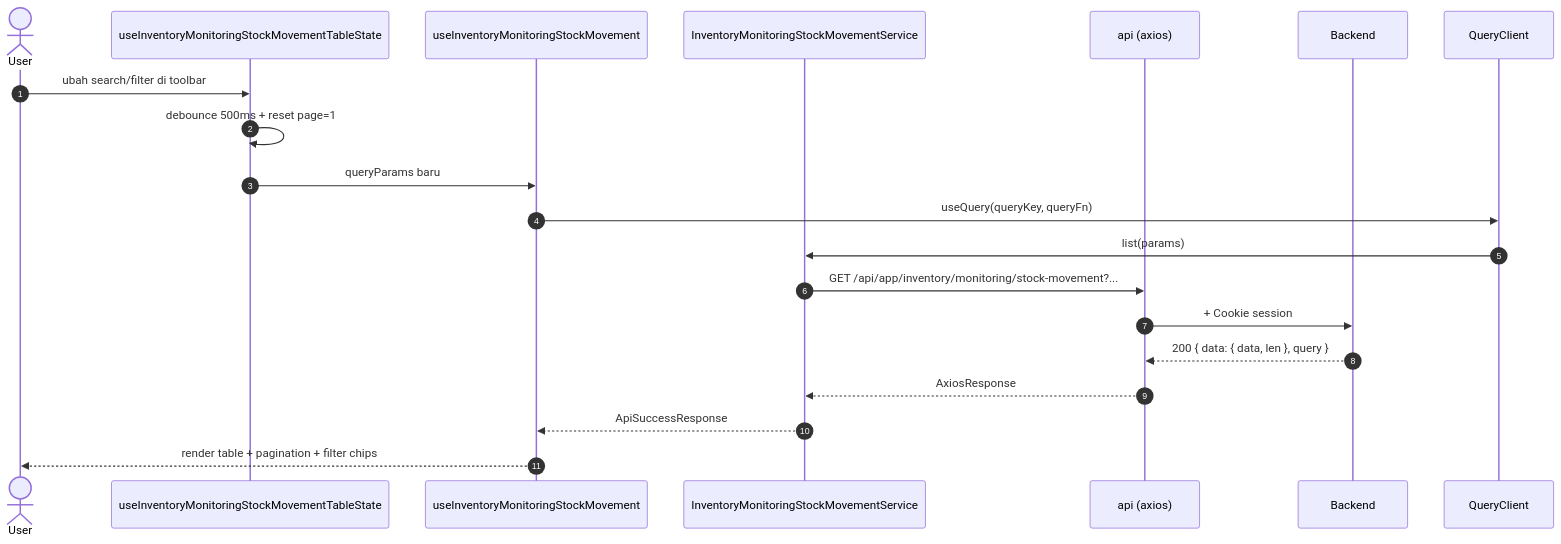
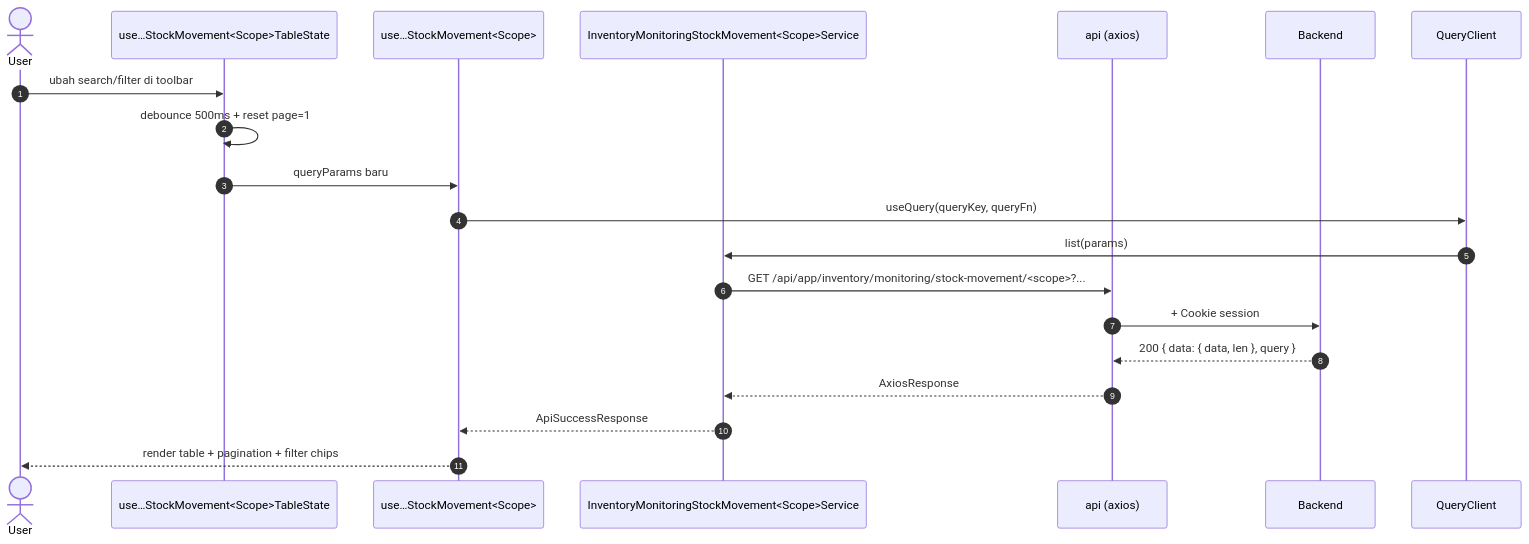
The first of 2 diagrams in docs/modules/inventory/monitoring/stock-movement/frontend-integration.md (mikaeladityan/mandalika-api-v2), drawn with Mermaid before and after one commit. The commit also changed other lines of this file and 35 other files, not shown here.

First line of the commit message:
feat(inventory): add stock movement management for raw materials

````diff
--- a/docs/modules/inventory/monitoring/stock-movement/frontend-integration.md
+++ b/docs/modules/inventory/monitoring/stock-movement/frontend-integration.md
@@ -385,23 +695,23 @@
 ```mermaid
 sequenceDiagram
     autonumber
     actor U as User
-    participant TS as useInventoryMonitoringStockMovementTableState
-    participant H as useInventoryMonitoringStockMovement
-    participant S as InventoryMonitoringStockMovementService
+    participant TS as use…StockMovement<Scope>TableState
+    participant H as use…StockMovement<Scope>
+    participant S as InventoryMonitoringStockMovement<Scope>Service
     participant A as api (axios)
     participant BE as Backend
     participant Q as QueryClient
 
     U->>TS: ubah search/filter di toolbar
     TS->>TS: debounce 500ms + reset page=1
     TS->>H: queryParams baru
     H->>Q: useQuery(queryKey, queryFn)
     Q->>S: list(params)
-    S->>A: GET /api/app/inventory/monitoring/stock-movement?...
+    S->>A: GET /api/app/inventory/monitoring/stock-movement/<scope>?...
     A->>BE: + Cookie session
     BE-->>A: 200 { data: { data, len }, query }
     A-->>S: AxiosResponse
     S-->>H: ApiSuccessResponse
     H-->>U: render table + pagination + filter chips
 ```
````
